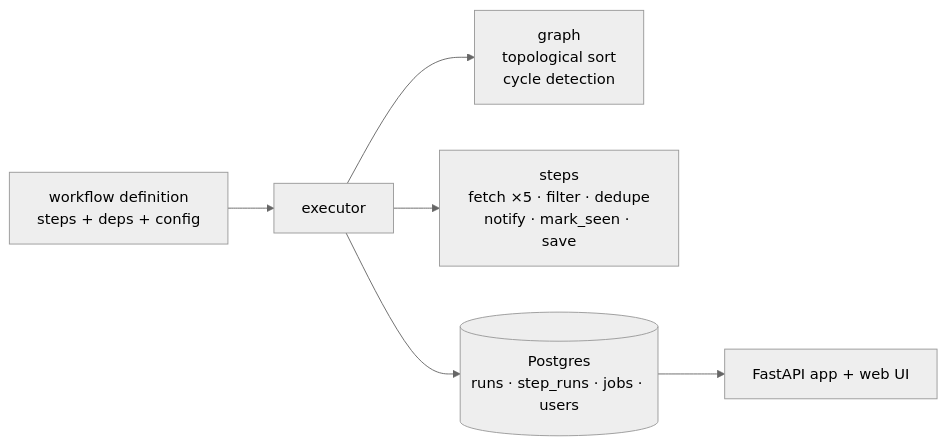
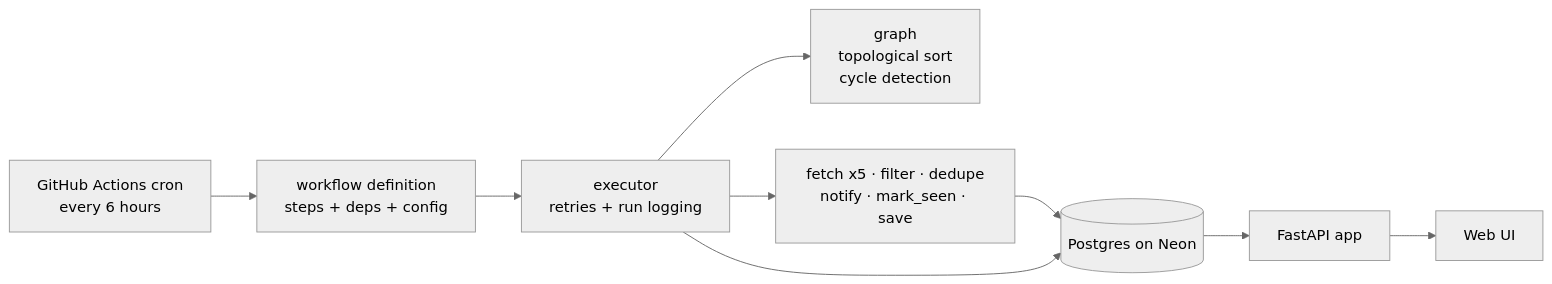
Before and after one commit to AkshitaSharma211/workflow-engine: the diagram in README.md, drawn with Mermaid (neutral theme). The commit also changed other lines of this file, not shown here.

````diff
--- a/README.md
+++ b/README.md
@@ -16,8 +34,11 @@
 ```mermaid
 flowchart LR
-    W[workflow definition<br/>steps + deps + config] --> X[executor]
+    C[GitHub Actions cron<br/>every 6 hours] --> W[workflow definition<br/>steps + deps + config]
+    W --> X[executor<br/>retries + run logging]
     X --> G[graph<br/>topological sort<br/>cycle detection]
-    X --> S[steps<br/>fetch ×5 · filter · dedupe<br/>notify · mark_seen · save]
-    X --> D[(Postgres<br/>runs · step_runs · jobs · users)]
-    D --> A[FastAPI app + web UI]
+    X --> S[fetch x5 · filter · dedupe<br/>notify · mark_seen · save]
+    S --> D[(Postgres on Neon)]
+    X --> D
+    D --> A[FastAPI app]
+    A --> U[Web UI]
 ```
````
